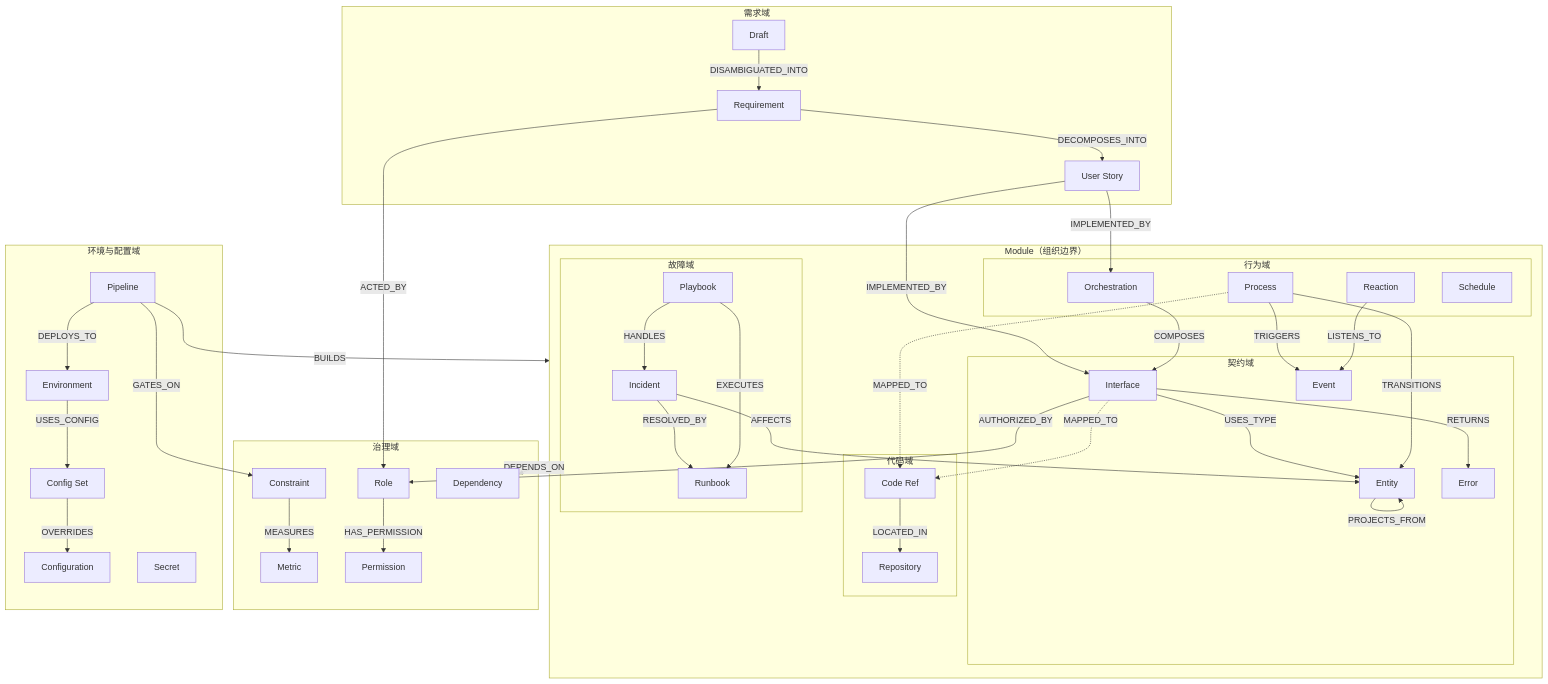
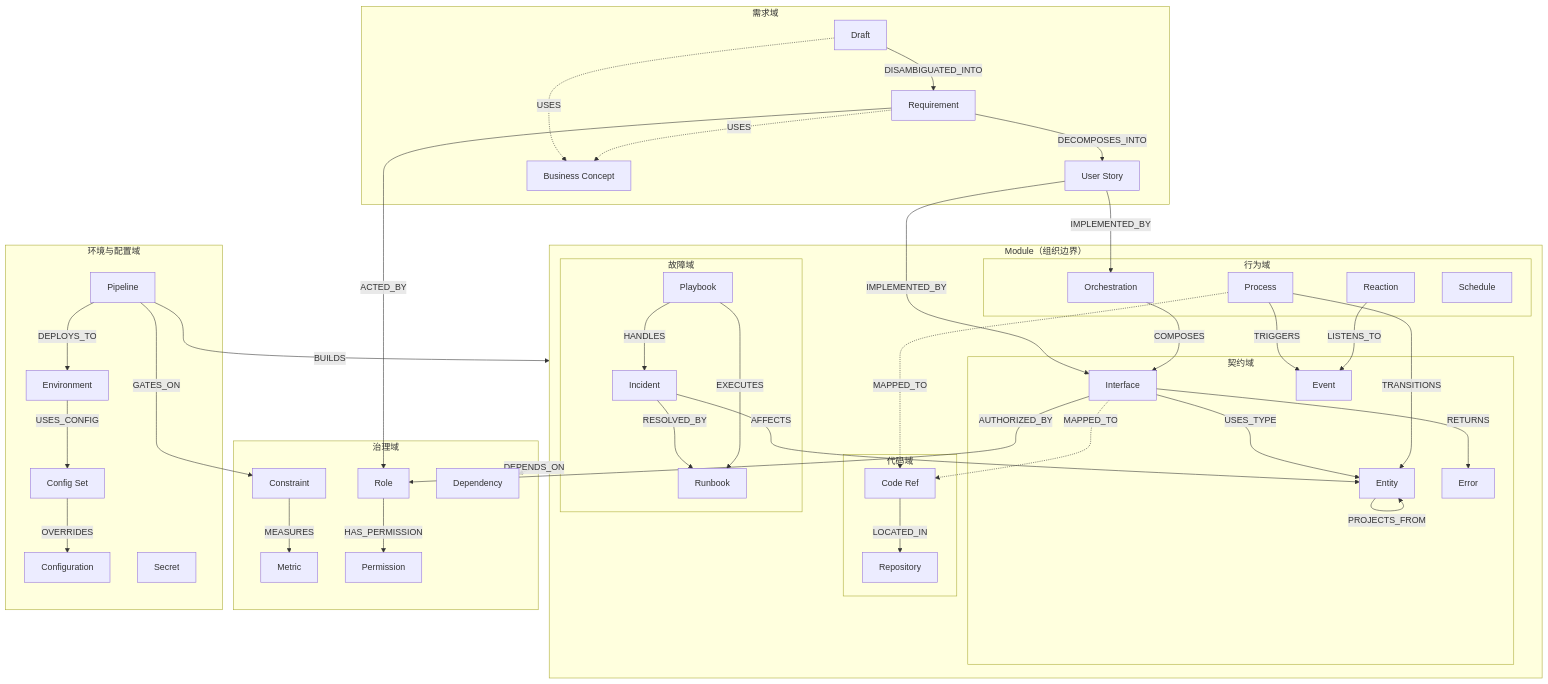
The second of 2 diagrams in idea/sds/concepts.md (wang-x-xia/learn-ai), drawn with Mermaid before and after one commit. The commit also changed other lines of this file and 3 other files, not shown here.

````diff
--- a/idea/sds/concepts.md
+++ b/idea/sds/concepts.md
@@ -128,72 +129,75 @@
 ```mermaid
 graph TD
     subgraph requirement["需求域"]
         DRAFT["Draft"] -->|DISAMBIGUATED_INTO| REQ["Requirement"]
         REQ -->|DECOMPOSES_INTO| US["User Story"]
+        BC["Business Concept"]
+        DRAFT -.->|USES| BC
+        REQ -.->|USES| BC
     end
 
     subgraph module_boundary["Module（组织边界）"]
         subgraph contract["契约域"]
             ENT["Entity"] -->|PROJECTS_FROM| ENT
             API["Interface"] -->|USES_TYPE| ENT
             API -->|RETURNS| ERR["Error"]
             EVT["Event"]
         end
 
         subgraph behavior["行为域"]
             PROC["Process"]
             ORCH["Orchestration"]
             SUB["Reaction"]
             SCH["Schedule"]
         end
 
         subgraph code["代码域"]
             CREF["Code Ref"] -->|LOCATED_IN| REPO["Repository"]
         end
         
         subgraph incident["故障域"]
             INC["Incident"] -->|RESOLVED_BY| RB["Runbook"]
             PB["Playbook"] -->|HANDLES| INC
             PB -->|EXECUTES| RB
         end
     end
 
     subgraph governance["治理域"]
         CON["Constraint"] -->|MEASURES| MET["Metric"]
         ROLE["Role"] -->|HAS_PERMISSION| PERM["Permission"]
         DEP["Dependency"]
     end
 
     subgraph delivery["环境与配置域"]
         PIPE["Pipeline"] -->|DEPLOYS_TO| ENV["Environment"]
         ENV -->|USES_CONFIG| CSET["Config Set"]
         CSET -->|OVERRIDES| CONF["Configuration"]
         SEC["Secret"]
     end
 
     %% 需求 → 实现
     US -->|IMPLEMENTED_BY| API
     US -->|IMPLEMENTED_BY| ORCH
 
     %% 行为 → 契约
     PROC -->|TRANSITIONS| ENT
     PROC -->|TRIGGERS| EVT
     ORCH -->|COMPOSES| API
     SUB -->|LISTENS_TO| EVT
 
     %% 契约/行为 → 代码
     API -.->|MAPPED_TO| CREF
     PROC -.->|MAPPED_TO| CREF
 
     %% → 治理
     REQ -->|ACTED_BY| ROLE
     API -->|AUTHORIZED_BY| ROLE
     module_boundary -->|DEPENDS_ON| DEP
     
     %% → 故障域
     INC -->|AFFECTS| ENT
 
     %% 交付
     PIPE -->|BUILDS| module_boundary
     PIPE -->|GATES_ON| CON
 ```
````
